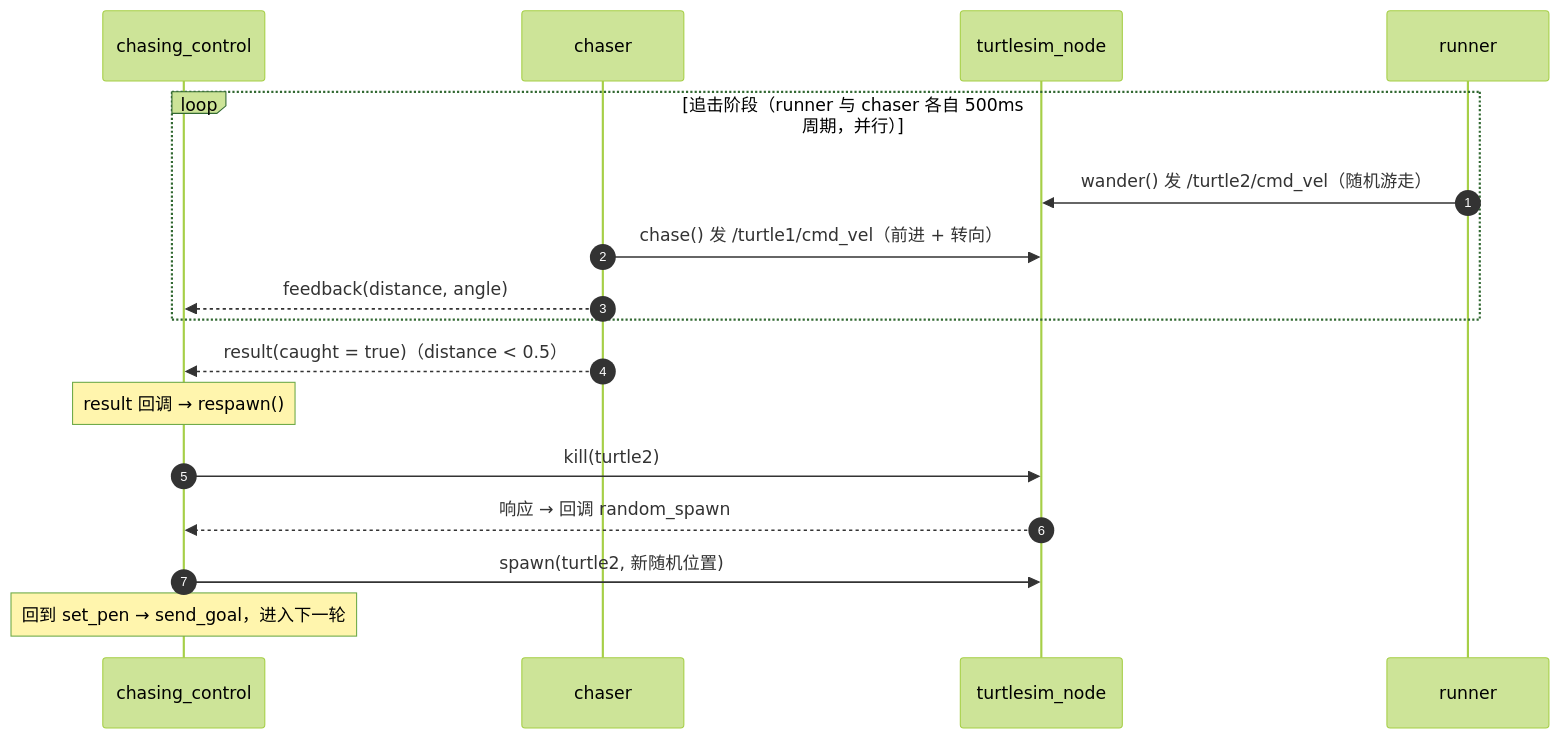
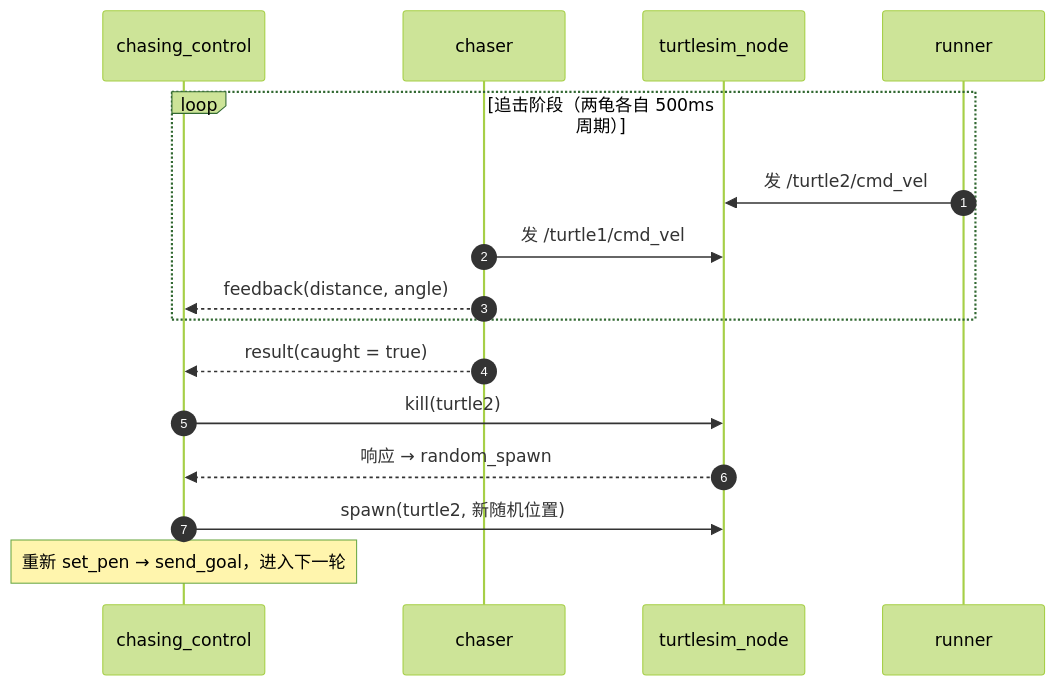
Before and after one commit to Korotomx/STD: the fourth of 4 diagrams in ROS2/学习笔记/项目学习/turtle_chase_game_项目总结.md, drawn with Mermaid (forest theme). The commit also changed other lines of this file and 173 other files, not shown here.

````diff
--- a/ROS2/学习笔记/项目学习/turtle_chase_game_项目总结.md
+++ b/ROS2/学习笔记/项目学习/turtle_chase_game_项目总结.md
@@ -264,21 +294,19 @@
 ```mermaid
 sequenceDiagram
     autonumber
     participant CC as chasing_control
     participant CH as chaser
     participant TS as turtlesim_node
     participant RN as runner
 
-    loop 追击阶段（runner 与 chaser 各自 500ms 周期，并行）
-        RN->>TS: wander() 发 /turtle2/cmd_vel（随机游走）
-        CH->>TS: chase() 发 /turtle1/cmd_vel（前进 + 转向）
+    loop 追击阶段（两龟各自 500ms 周期）
+        RN->>TS: 发 /turtle2/cmd_vel
+        CH->>TS: 发 /turtle1/cmd_vel
         CH-->>CC: feedback(distance, angle)
     end
-
-    CH-->>CC: result(caught = true)（distance < 0.5）
-    Note over CC: result 回调 → respawn()
+    CH-->>CC: result(caught = true)
     CC->>TS: kill(turtle2)
-    TS-->>CC: 响应 → 回调 random_spawn
+    TS-->>CC: 响应 → random_spawn
     CC->>TS: spawn(turtle2, 新随机位置)
-    Note over CC: 回到 set_pen → send_goal，进入下一轮
+    Note over CC: 重新 set_pen → send_goal，进入下一轮
 ```
````
